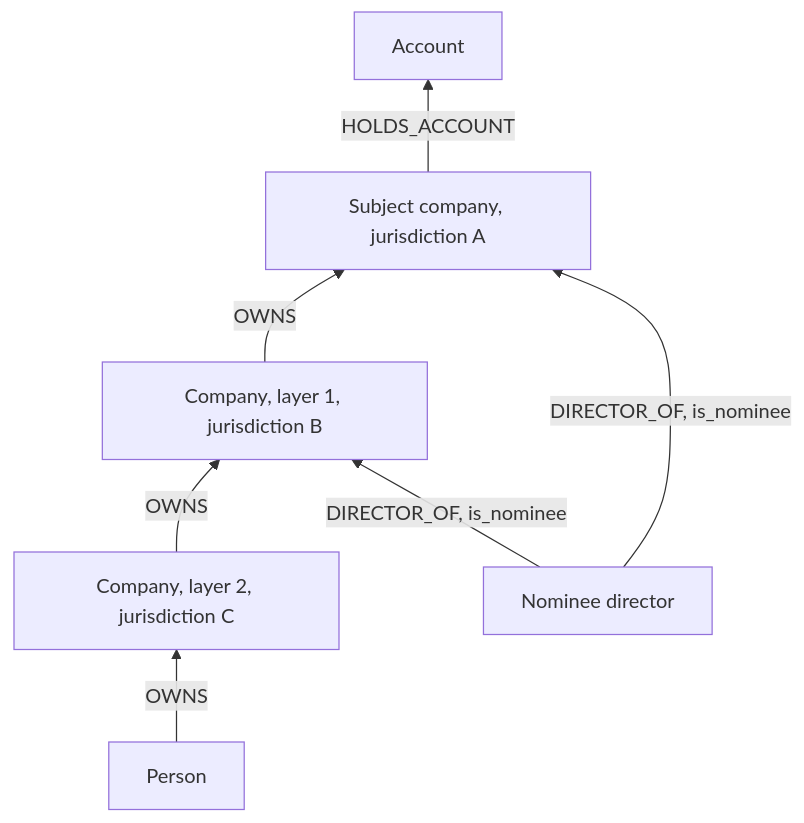
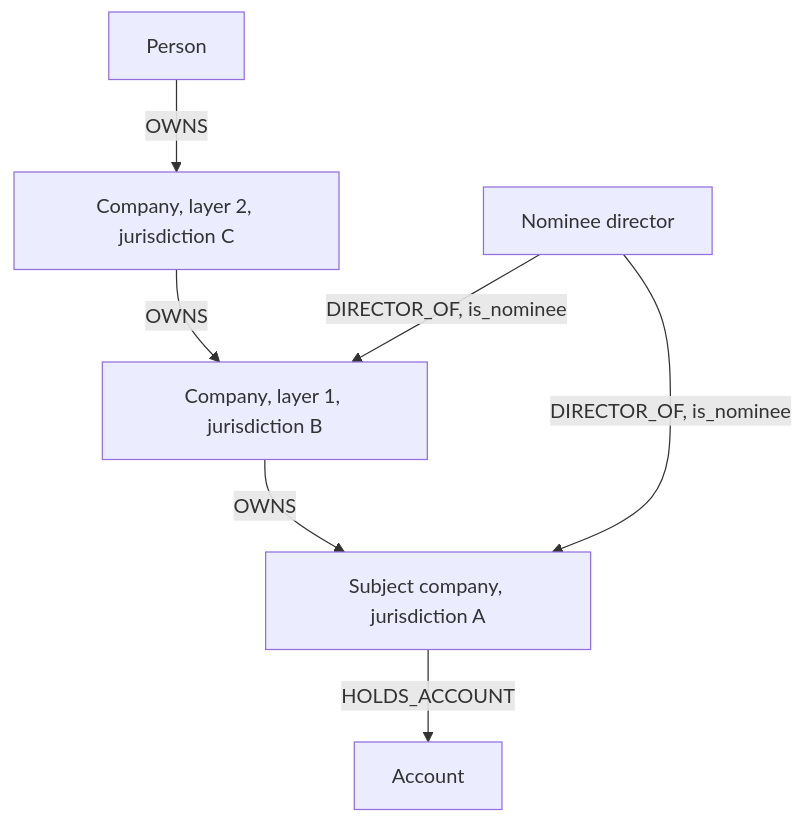
The diagram in docs/typologies/shell-chain.md (Robotat-Technologies/neon-radar), drawn with Mermaid before and after one commit. The commit also changed other lines of this file and 9 other files, not shown here.

````diff
--- a/docs/typologies/shell-chain.md
+++ b/docs/typologies/shell-chain.md
@@ -38,9 +40,9 @@
 ```mermaid
-flowchart BT
+flowchart TD
   P["Person"] -->|OWNS| L2["Company, layer 2, jurisdiction C"]
   L2 -->|OWNS| L1["Company, layer 1, jurisdiction B"]
   L1 -->|OWNS| S["Subject company, jurisdiction A"]
   N["Nominee director"] -->|"DIRECTOR_OF, is_nominee"| S
   N -->|"DIRECTOR_OF, is_nominee"| L1
   S -->|HOLDS_ACCOUNT| A["Account"]
 ```
````
